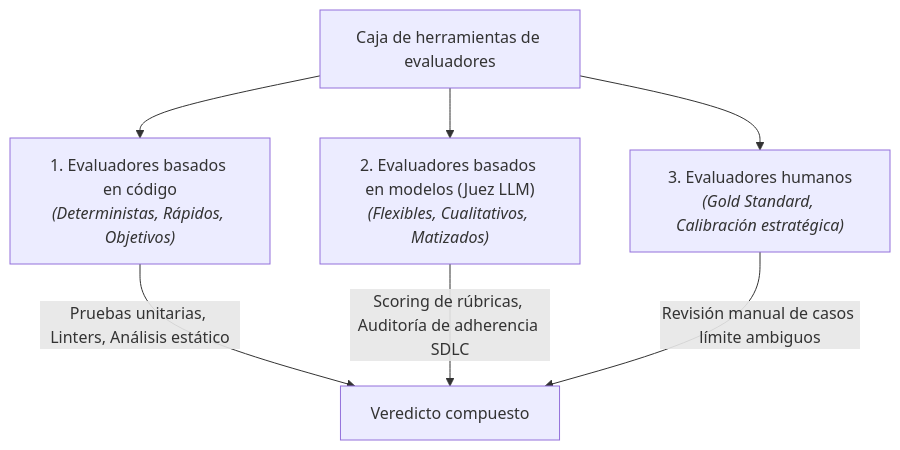
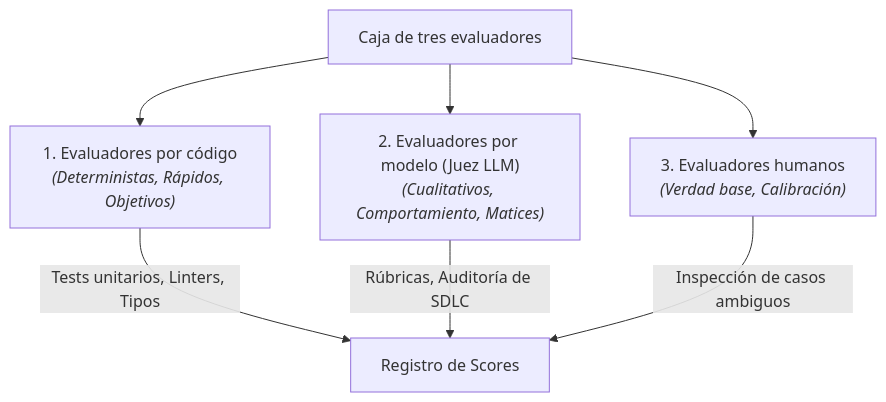
The second of 3 diagrams in docs/es/evaluation/what-is-an-eval.md (marcosdh1987/harness-engineering-guide), drawn with Mermaid before and after one commit. The commit also changed other lines of this file and 120 other files, not shown here.

````diff
--- a/docs/es/evaluation/what-is-an-eval.md
+++ b/docs/es/evaluation/what-is-an-eval.md
@@ -61,10 +78,10 @@
 ```mermaid
 flowchart TD
-    G["Caja de herramientas de evaluadores"] --> G1["1. Evaluadores basados en código<br/><i>(Deterministas, Rápidos, Objetivos)</i>"]
-    G --> G2["2. Evaluadores basados en modelos (Juez LLM)<br/><i>(Flexibles, Cualitativos, Matizados)</i>"]
-    G --> G3["3. Evaluadores humanos<br/><i>(Gold Standard, Calibración estratégica)</i>"]
+    G["Caja de tres evaluadores"] --> G1["1. Evaluadores por código<br/><i>(Deterministas, Rápidos, Objetivos)</i>"]
+    G --> G2["2. Evaluadores por modelo (Juez LLM)<br/><i>(Cualitativos, Comportamiento, Matices)</i>"]
+    G --> G3["3. Evaluadores humanos<br/><i>(Verdad base, Calibración)</i>"]
 
-    G1 -->|"Pruebas unitarias, Linters, Análisis estático"| SCORE["Veredicto compuesto"]
-    G2 -->|"Scoring de rúbricas, Auditoría de adherencia SDLC"| SCORE
-    G3 -->|"Revisión manual de casos límite ambiguos"| SCORE
+    G1 -->|"Tests unitarios, Linters, Tipos"| SCORE["Registro de Scores"]
+    G2 -->|"Rúbricas, Auditoría de SDLC"| SCORE
+    G3 -->|"Inspección de casos ambiguos"| SCORE
 ```
````
